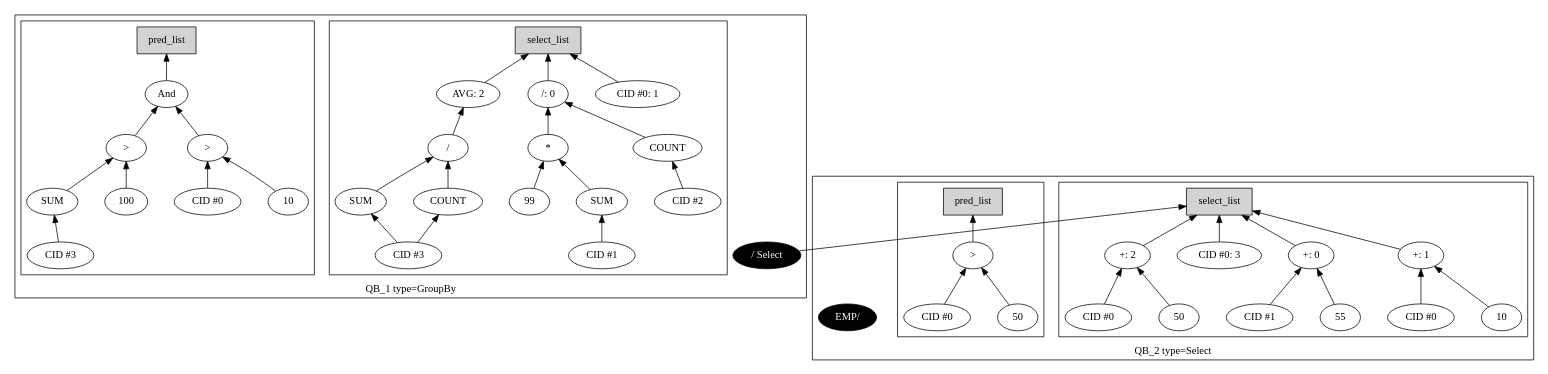
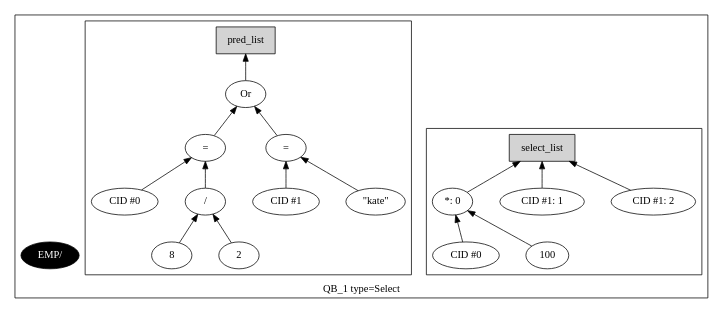
One commit to adarshpannu/kona changed the diagram in qgm_resolved.dot. Above: the diagram before and after it, drawn with Graphviz. The commit also changed 16 other files, not shown here.

```diff
--- a/qgm_resolved.dot
+++ b/qgm_resolved.dot
@@ -1,96 +1,43 @@
 digraph example1 {
     rankdir=BT;
     nodesep=0.5;
     ordering="in";
   subgraph cluster_QB_1 {
     "QB_1_selectlist"[label="select_list",shape=box,style=filled];
   subgraph cluster_select_listQB_1 {
-    exprnodeNodeId11v1[label="/: 0"];
-    exprnodeNodeId6v1 -> exprnodeNodeId11v1;
-    exprnodeNodeId6v1[label="*"];
-    exprnodeNodeId4v1 -> exprnodeNodeId6v1;
-    exprnodeNodeId4v1[label="SUM"];
-    exprnodeNodeId33v1 -> exprnodeNodeId4v1;
-    exprnodeNodeId33v1[label="CID #1"];
-    exprnodeNodeId5v1 -> exprnodeNodeId6v1;
-    exprnodeNodeId5v1[label="99"];
-    exprnodeNodeId10v1 -> exprnodeNodeId11v1;
-    exprnodeNodeId10v1[label="COUNT"];
-    exprnodeNodeId34v1 -> exprnodeNodeId10v1;
-    exprnodeNodeId34v1[label="CID #2"];
-    exprnodeNodeId11v1 -> "QB_1_selectlist";
-    exprnodeNodeId35v1[label="CID #0: 1"];
-    exprnodeNodeId35v1 -> "QB_1_selectlist";
-    exprnodeNodeId16v1[label="AVG: 2"];
-    exprnodeNodeId39v1 -> exprnodeNodeId16v1;
-    exprnodeNodeId39v1[label="/"];
-    exprnodeNodeId37v1 -> exprnodeNodeId39v1;
-    exprnodeNodeId37v1[label="SUM"];
-    exprnodeNodeId36v1 -> exprnodeNodeId37v1;
-    exprnodeNodeId36v1[label="CID #3"];
-    exprnodeNodeId38v1 -> exprnodeNodeId39v1;
-    exprnodeNodeId38v1[label="COUNT"];
-    exprnodeNodeId36v1 -> exprnodeNodeId38v1;
-    exprnodeNodeId36v1[label="CID #3"];
-    exprnodeNodeId16v1 -> "QB_1_selectlist";
-}
-    "QUN_3"[label="/ Select", fillcolor=black, fontcolor=white, style=filled]
-  subgraph cluster_pred_listQB_1 {
-    exprnodeNodeId32v1[label="And"];
-    exprnodeNodeId26v1 -> exprnodeNodeId32v1;
-    exprnodeNodeId26v1[label=">"];
-    exprnodeNodeId24v1 -> exprnodeNodeId26v1;
-    exprnodeNodeId24v1[label="SUM"];
-    exprnodeNodeId40v1 -> exprnodeNodeId24v1;
-    exprnodeNodeId40v1[label="CID #3"];
-    exprnodeNodeId25v1 -> exprnodeNodeId26v1;
-    exprnodeNodeId25v1[label="100"];
-    exprnodeNodeId31v1 -> exprnodeNodeId32v1;
-    exprnodeNodeId31v1[label=">"];
-    exprnodeNodeId41v1 -> exprnodeNodeId31v1;
-    exprnodeNodeId41v1[label="CID #0"];
-    exprnodeNodeId30v1 -> exprnodeNodeId31v1;
-    exprnodeNodeId30v1[label="10"];
-    exprnodeNodeId32v1 -> QB_1_pred_list;
-    "QB_1_pred_list"[label="pred_list",shape=box,style=filled];
-}
-    label = "QB_1 type=GroupBy";
-}
-    "QUN_3" -> "QB_2_selectlist";
-  subgraph cluster_QB_2 {
-    "QB_2_selectlist"[label="select_list",shape=box,style=filled];
-  subgraph cluster_select_listQB_2 {
-    exprnodeNodeId22v1[label="+: 0"];
-    exprnodeNodeId20v1 -> exprnodeNodeId22v1;
-    exprnodeNodeId20v1[label="CID #1"];
-    exprnodeNodeId21v1 -> exprnodeNodeId22v1;
-    exprnodeNodeId21v1[label="55"];
-    exprnodeNodeId22v1 -> "QB_2_selectlist";
-    exprnodeNodeId3v1[label="+: 1"];
+    exprnodeNodeId3v1[label="*: 0"];
     exprnodeNodeId1v1 -> exprnodeNodeId3v1;
     exprnodeNodeId1v1[label="CID #0"];
     exprnodeNodeId2v1 -> exprnodeNodeId3v1;
-    exprnodeNodeId2v1[label="10"];
-    exprnodeNodeId3v1 -> "QB_2_selectlist";
-    exprnodeNodeId9v1[label="+: 2"];
-    exprnodeNodeId7v1 -> exprnodeNodeId9v1;
-    exprnodeNodeId7v1[label="CID #0"];
-    exprnodeNodeId8v1 -> exprnodeNodeId9v1;
-    exprnodeNodeId8v1[label="50"];
-    exprnodeNodeId9v1 -> "QB_2_selectlist";
-    exprnodeNodeId15v1[label="CID #0: 3"];
-    exprnodeNodeId15v1 -> "QB_2_selectlist";
+    exprnodeNodeId2v1[label="100"];
+    exprnodeNodeId3v1 -> "QB_1_selectlist";
+    exprnodeNodeId4v1[label="CID #1: 1"];
+    exprnodeNodeId4v1 -> "QB_1_selectlist";
+    exprnodeNodeId5v1[label="CID #1: 2"];
+    exprnodeNodeId5v1 -> "QB_1_selectlist";
 }
     "QUN_0"[label="EMP/ ", fillcolor=black, fontcolor=white, style=filled]
-  subgraph cluster_pred_listQB_2 {
-    exprnodeNodeId19v1[label=">"];
-    exprnodeNodeId17v1 -> exprnodeNodeId19v1;
-    exprnodeNodeId17v1[label="CID #0"];
-    exprnodeNodeId18v1 -> exprnodeNodeId19v1;
-    exprnodeNodeId18v1[label="50"];
-    exprnodeNodeId19v1 -> QB_2_pred_list;
-    "QB_2_pred_list"[label="pred_list",shape=box,style=filled];
+  subgraph cluster_pred_listQB_1 {
+    exprnodeNodeId14v1[label="Or"];
+    exprnodeNodeId10v1 -> exprnodeNodeId14v1;
+    exprnodeNodeId10v1[label="="];
+    exprnodeNodeId6v1 -> exprnodeNodeId10v1;
+    exprnodeNodeId6v1[label="CID #0"];
+    exprnodeNodeId9v1 -> exprnodeNodeId10v1;
+    exprnodeNodeId9v1[label="/"];
+    exprnodeNodeId7v1 -> exprnodeNodeId9v1;
+    exprnodeNodeId7v1[label="8"];
+    exprnodeNodeId8v1 -> exprnodeNodeId9v1;
+    exprnodeNodeId8v1[label="2"];
+    exprnodeNodeId13v1 -> exprnodeNodeId14v1;
+    exprnodeNodeId13v1[label="="];
+    exprnodeNodeId11v1 -> exprnodeNodeId13v1;
+    exprnodeNodeId11v1[label="CID #1"];
+    exprnodeNodeId12v1 -> exprnodeNodeId13v1;
+    exprnodeNodeId12v1[label="\"kate\""];
+    exprnodeNodeId14v1 -> QB_1_pred_list;
+    "QB_1_pred_list"[label="pred_list",shape=box,style=filled];
 }
-    label = "QB_2 type=Select";
+    label = "QB_1 type=Select";
 }
 }
```
